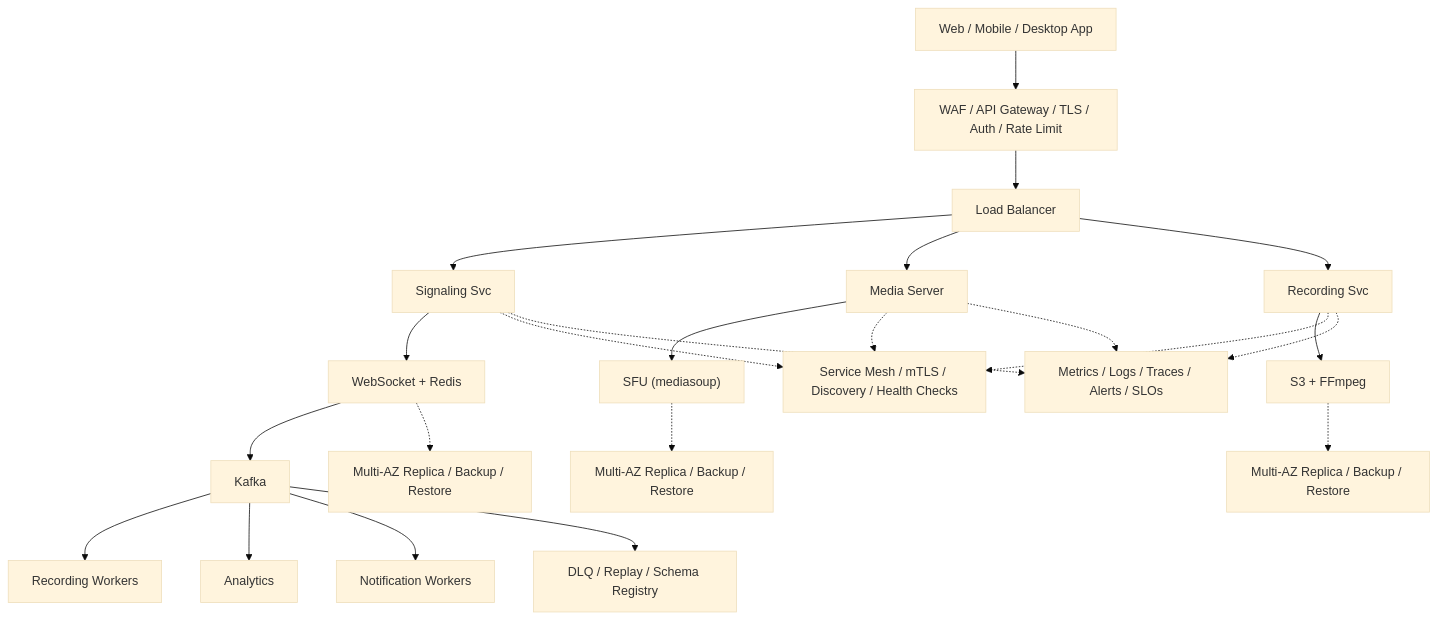
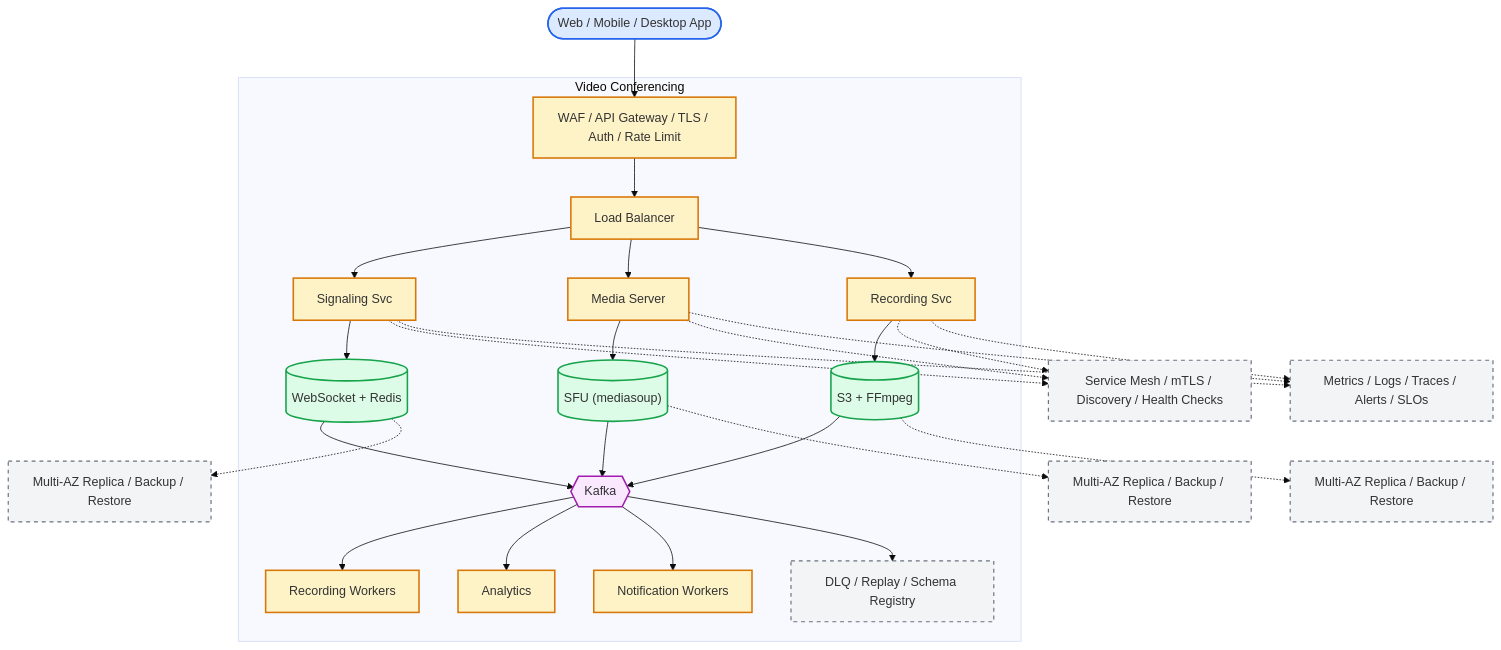
One commit to aishwary11/system-design changed the diagram in system-design-video-conferencing.md. Above: the diagram before and after it, drawn with Mermaid (base theme). The commit also changed other lines of this file and 36 other files, not shown here.

First line of the commit message:
Standardize all diagrams on C4-style Mermaid template

````diff
--- a/system-design-video-conferencing.md
+++ b/system-design-video-conferencing.md
@@ -44,25 +44,65 @@
 ```mermaid
 flowchart TB
-    clients["Web / Mobile / Desktop App"] --> edge["WAF / API Gateway / TLS / Auth / Rate Limit"]
-    edge --> lb["Load Balancer"]
-    lb --> svc0["Signaling Svc"]
-    lb --> svc1["Media Server"]
-    lb --> svc2["Recording Svc"]
-    svc0 --> store0["WebSocket + Redis"]
-    svc1 --> store1["SFU (mediasoup)"]
-    svc2 --> store2["S3 + FFmpeg"]
-    store0 --> stream["Kafka"]
-    stream --> worker0["Recording Workers"]
-    stream --> worker1["Analytics"]
-    stream --> worker2["Notification Workers"]
-    svc0 -.-> platform["Service Mesh / mTLS / Discovery / Health Checks"]
-    svc1 -.-> platform
-    svc2 -.-> platform
-    store0 -.-> backup0["Multi-AZ Replica / Backup / Restore"]
-    store1 -.-> backup1["Multi-AZ Replica / Backup / Restore"]
-    store2 -.-> backup2["Multi-AZ Replica / Backup / Restore"]
-    stream --> dlq["DLQ / Replay / Schema Registry"]
-    svc0 -.-> ops["Metrics / Logs / Traces / Alerts / SLOs"]
+    %% Actors (people)
+    clients(["Web / Mobile / Desktop App"])
+
+    %% System boundary - containers owned by the platform
+    subgraph platform["Video Conferencing"]
+        edge["WAF / API Gateway / TLS / Auth / Rate Limit"]
+        lb["Load Balancer"]
+        svc0["Signaling Svc"]
+        svc1["Media Server"]
+        svc2["Recording Svc"]
+        store0[("WebSocket + Redis")]
+        store1[("SFU (mediasoup)")]
+        store2[("S3 + FFmpeg")]
+        stream{{"Kafka"}}
+        worker0["Recording Workers"]
+        worker1["Analytics"]
+        worker2["Notification Workers"]
+        dlq["DLQ / Replay / Schema Registry"]
+    end
+
+    %% Cross-cutting control plane (dashed edges)
+    mesh["Service Mesh / mTLS / Discovery / Health Checks"]
+    ops["Metrics / Logs / Traces / Alerts / SLOs"]
+    backup0["Multi-AZ Replica / Backup / Restore"]
+    backup1["Multi-AZ Replica / Backup / Restore"]
+    backup2["Multi-AZ Replica / Backup / Restore"]
+
+    clients --> edge
+    edge --> lb
+    lb --> svc0
+    lb --> svc1
+    lb --> svc2
+    svc0 --> store0
+    svc1 --> store1
+    svc2 --> store2
+    store0 --> stream
+    store1 --> stream
+    store2 --> stream
+    stream --> worker0
+    stream --> worker1
+    stream --> worker2
+    stream --> dlq
+    svc0 -.-> mesh
+    svc1 -.-> mesh
+    svc2 -.-> mesh
+    svc0 -.-> ops
     svc1 -.-> ops
     svc2 -.-> ops
+    store0 -.-> backup0
+    store1 -.-> backup1
+    store2 -.-> backup2
+
+    classDef actor fill:#dbeafe,stroke:#2563eb,stroke-width:2px
+    classDef service fill:#fef3c7,stroke:#d97706,stroke-width:2px
+    classDef store fill:#dcfce7,stroke:#16a34a,stroke-width:2px
+    classDef broker fill:#fae8ff,stroke:#a21caf,stroke-width:2px
+    classDef control fill:#f3f4f6,stroke:#6b7280,stroke-width:1.5px,stroke-dasharray:5 5
+    class clients actor
+    class edge,lb,svc0,svc1,svc2,worker0,worker1,worker2 service
+    class store0,store1,store2 store
+    class stream broker
+    class dlq,mesh,ops,backup0,backup1,backup2 control
 ```
````
